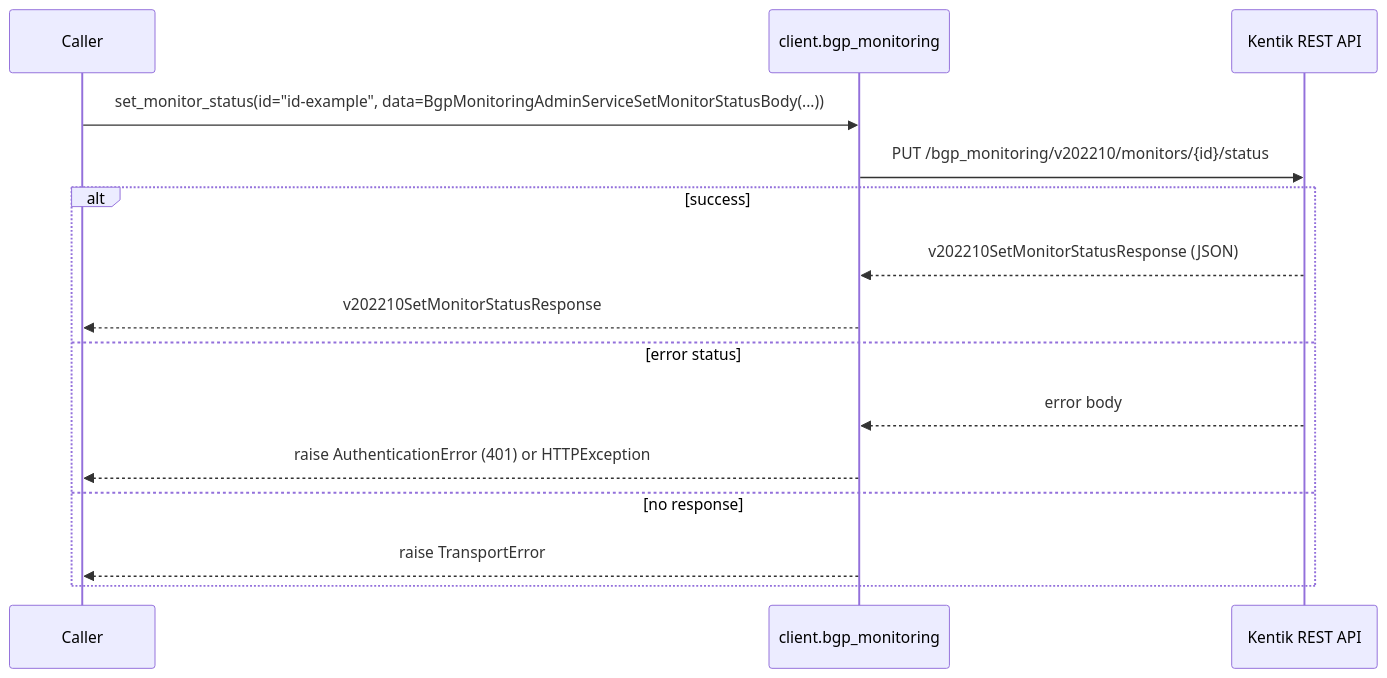
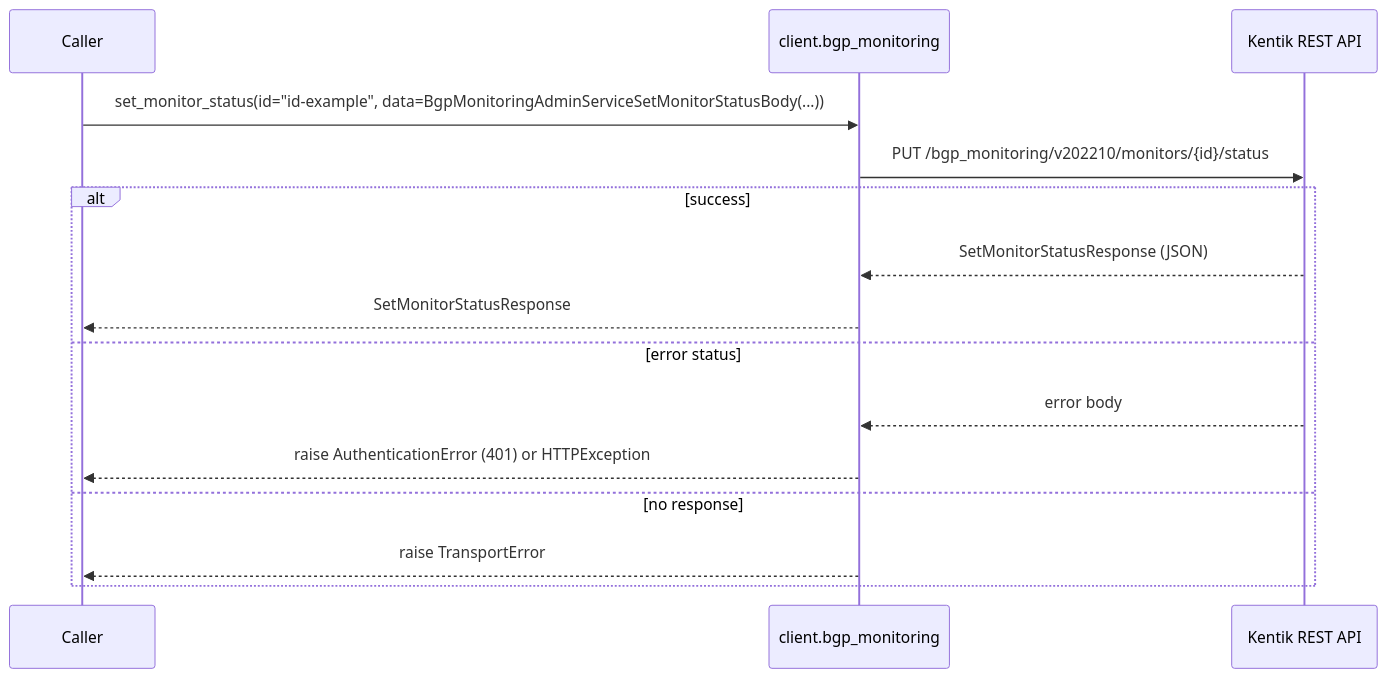
Before and after one commit to alexdearaujo/community_sdk_python: diagram 16 of 18 in docs/sphinx/services/bgp_monitoring.md, drawn with Mermaid. The commit also changed other lines of this file and 38 other files, not shown here.

````diff
--- a/docs/sphinx/services/bgp_monitoring.md
+++ b/docs/sphinx/services/bgp_monitoring.md
@@ -566,18 +566,18 @@
 ```mermaid
 sequenceDiagram
     participant C as Caller
     participant W as client.bgp_monitoring
     participant API as Kentik REST API
 
     C->>W: set_monitor_status(id="id-example", data=BgpMonitoringAdminServiceSetMonitorStatusBody(...))
     W->>API: PUT /bgp_monitoring/v202210/monitors/{id}/status
     alt success
-        API-->>W: v202210SetMonitorStatusResponse (JSON)
-        W-->>C: v202210SetMonitorStatusResponse
+        API-->>W: SetMonitorStatusResponse (JSON)
+        W-->>C: SetMonitorStatusResponse
     else error status
         API-->>W: error body
         W-->>C: raise AuthenticationError (401) or HTTPException
     else no response
         W-->>C: raise TransportError
     end
 ```
````
